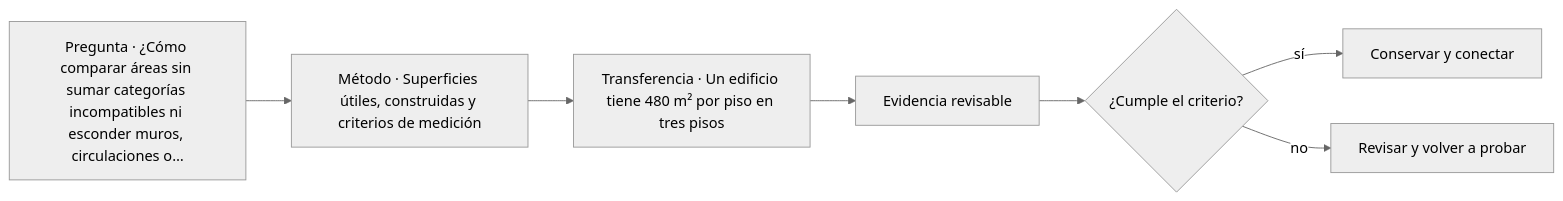
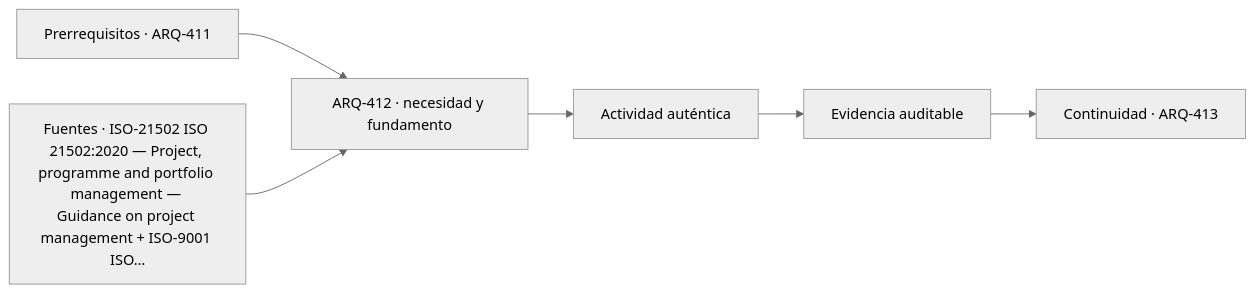
The diagram in classes/parte-42/ARQ-412.md (vladimiracunadev-create/architecture-built-environment-learning-program), drawn with Mermaid (neutral theme) before and after one commit. The commit also changed other lines of this file and 761 other files, not shown here.

````diff
--- a/classes/parte-42/ARQ-412.md
+++ b/classes/parte-42/ARQ-412.md
@@ -75,9 +87,8 @@
 ```mermaid
 flowchart LR
-    Q["Pregunta · ¿Cómo comparar áreas sin sumar categorías incompatibles ni esconder muros, circulaciones o…"] --> M["Método · Superficies útiles, construidas y criterios de medición"]
-    M --> P["Transferencia · Un edificio tiene 480 m² por piso en tres pisos"]
-    P --> E["Evidencia revisable"]
-    E --> C{"¿Cumple el criterio?"}
-    C -->|sí| T["Conservar y conectar"]
-    C -->|no| R["Revisar y volver a probar"]
+    A["Prerrequisitos · ARQ-411"] --> B["ARQ-412 · necesidad y fundamento"]
+    S["Fuentes · ISO-21502 ISO 21502:2020 — Project, programme and portfolio management — Guidance on project management + ISO-9001 ISO…"] --> B
+    B --> C["Actividad auténtica"]
+    C --> D["Evidencia auditable"]
+    D --> E["Continuidad · ARQ-413"]
 ```
````
